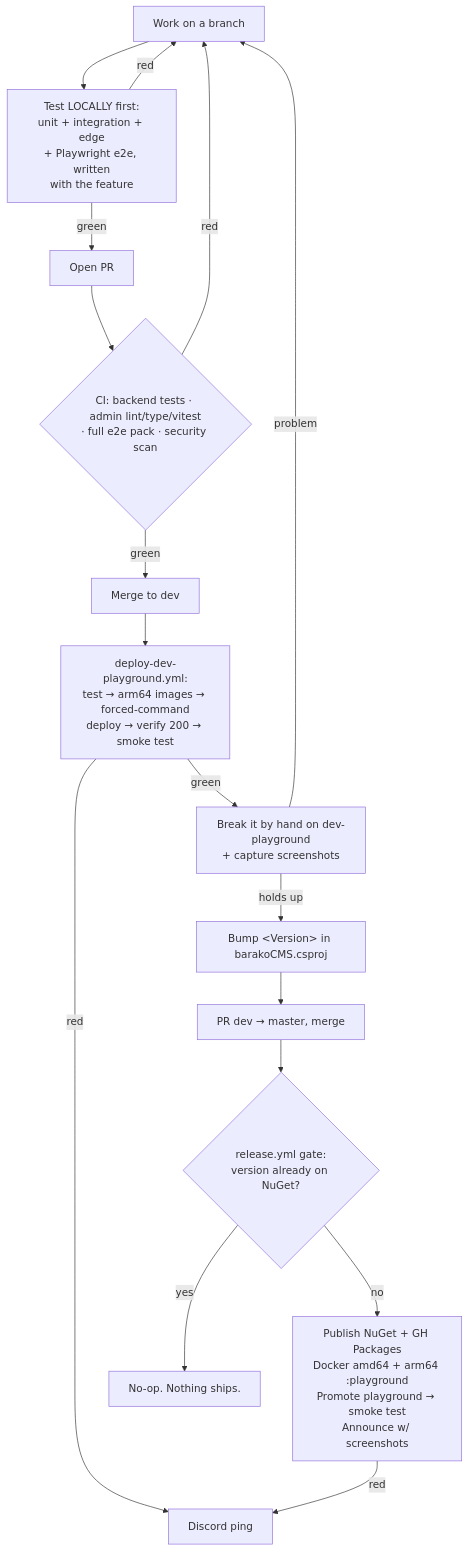
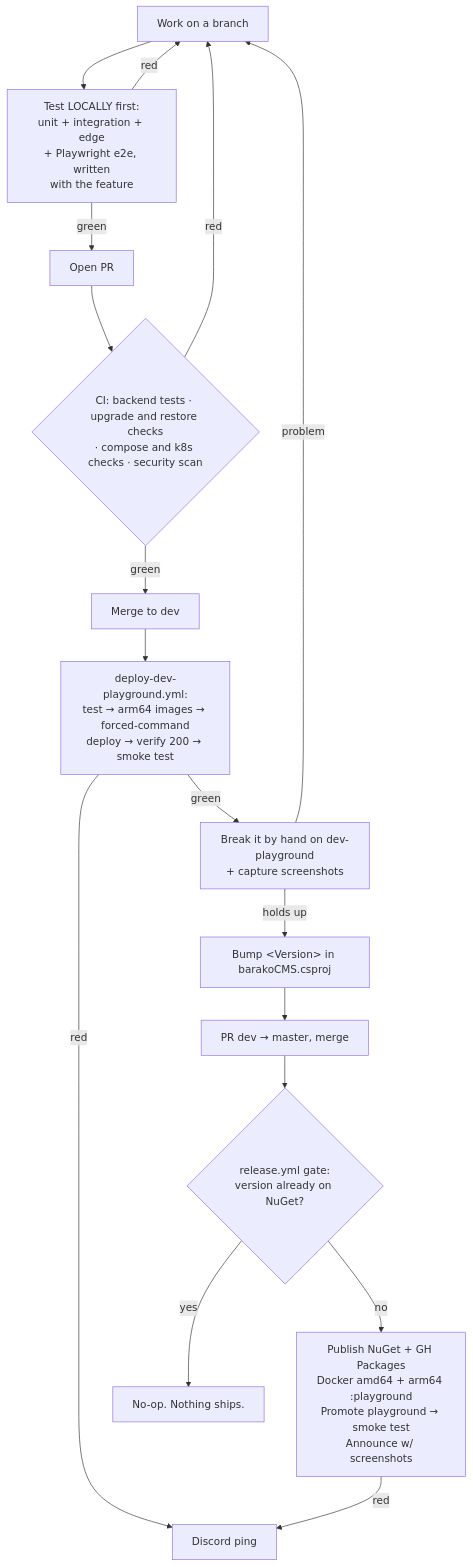
One commit to BaryoDev/barakoCMS changed the diagram in AI_DEVELOPMENT_LIFECYCLE.md. Above: the diagram before and after it, drawn with Mermaid. The commit also changed other lines of this file and 278 other files, not shown here.

````diff
--- a/AI_DEVELOPMENT_LIFECYCLE.md
+++ b/AI_DEVELOPMENT_LIFECYCLE.md
@@ -69,19 +69,19 @@
 ```mermaid
 flowchart TD
     A[Work on a branch] --> Z[Test LOCALLY first:<br/>unit + integration + edge<br/>+ Playwright e2e, written<br/>with the feature]
     Z -- red --> A
     Z -- green --> B[Open PR]
-    B --> C{CI: backend tests · admin lint/type/vitest<br/>· full e2e pack · security scan}
+    B --> C{CI: backend tests · upgrade and restore checks<br/>· compose and k8s checks · security scan}
     C -- red --> A
     C -- green --> D[Merge to dev]
     D --> E[deploy-dev-playground.yml:<br/>test → arm64 images → forced-command<br/>deploy → verify 200 → smoke test]
     E -- red --> P[Discord ping]
     E -- green --> F[Break it by hand on dev-playground<br/>+ capture screenshots]
     F -- problem --> A
     F -- holds up --> G[Bump &lt;Version&gt; in barakoCMS.csproj]
     G --> H[PR dev → master, merge]
     H --> I{release.yml gate:<br/>version already on NuGet?}
     I -- yes --> J[No-op. Nothing ships.]
     I -- no --> K[Publish NuGet + GH Packages<br/>Docker amd64 + arm64 :playground<br/>Promote playground → smoke test<br/>Announce w/ screenshots]
     K -- red --> P
 ```
````
